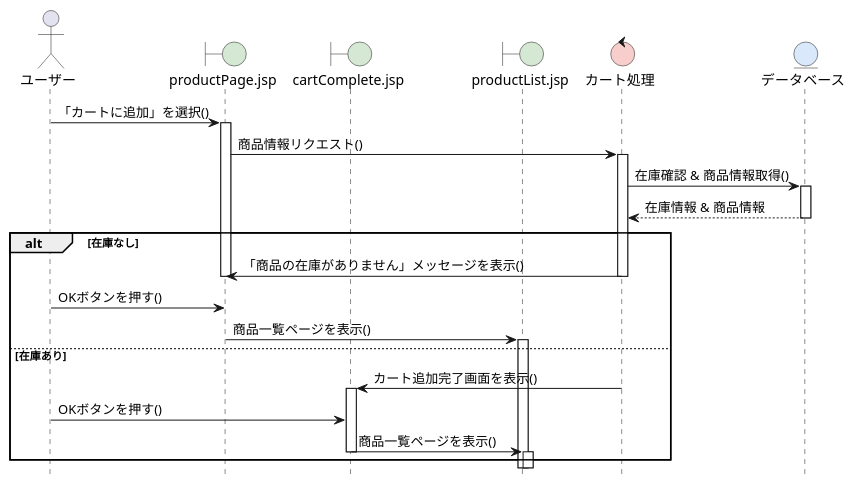
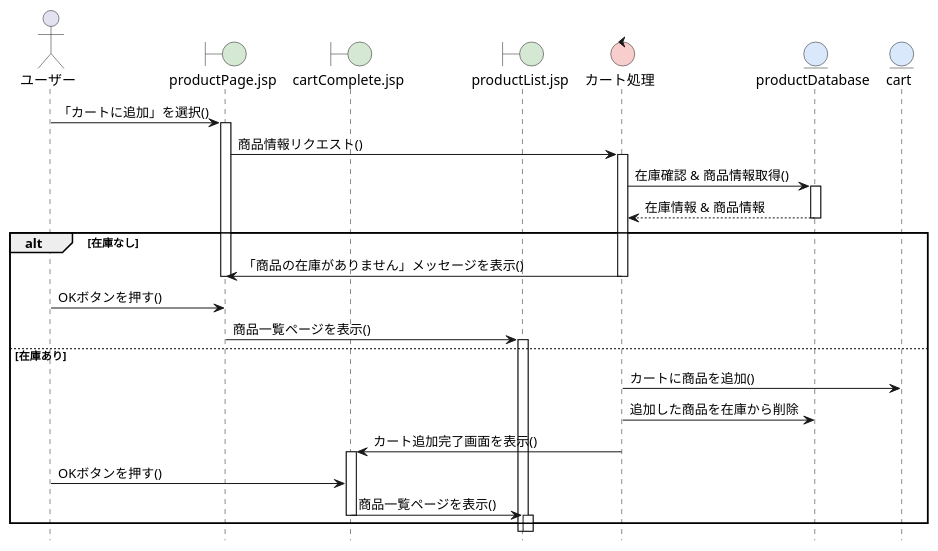
One commit to ghbuser12/ohara_uml changed the diagram in BBshop/sequence_05_Add_cart.pu. Above: the diagram before and after it, drawn with PlantUML.

```diff
--- a/BBshop/sequence_05_Add_cart.pu
+++ b/BBshop/sequence_05_Add_cart.pu
@@ -1,43 +1,46 @@
 @startuml Web訪問者システム-カート追加シーケンス図
 hide footbox
 skinparam boundaryBackgroundColor #D5E8D4
 skinparam controlBackgroundColor  #F8CECC
 skinparam entityBackgroundColor   #DAE8FC
 
 actor ユーザー as U
 boundary productPage.jsp as B1
 boundary cartComplete.jsp as B2
 boundary productList.jsp as B3
 control カート処理 as C1
-entity データベース as E
+entity productDatabase as E1
+entity cart as E2
 
 ' 基本フロー
 U -> B1: 「カートに追加」を選択()
 activate B1
 
 B1 -> C1: 商品情報リクエスト()
 activate C1
-C1 -> E: 在庫確認 & 商品情報取得()
-activate E
-E --> C1: 在庫情報 & 商品情報
-deactivate E
+C1 -> E1: 在庫確認 & 商品情報取得()
+activate E1
+E1 --> C1: 在庫情報 & 商品情報
+deactivate E1
 
 alt 在庫なし
   C1 -> B1: 「商品の在庫がありません」メッセージを表示()
   deactivate C1
   deactivate B1
   U -> B1: OKボタンを押す()
   B1 -> B3: 商品一覧ページを表示()
   activate B3
 else 在庫あり
+  C1 -> E2: カートに商品を追加()
+  C1 -> E1: 追加した商品を在庫から削除
   C1 -> B2: カート追加完了画面を表示()
   deactivate C1
   deactivate B1
   activate B2
   U -> B2: OKボタンを押す()
   B2 -> B3: 商品一覧ページを表示()
   deactivate B2
   activate B3
 end
 
 @enduml
```
